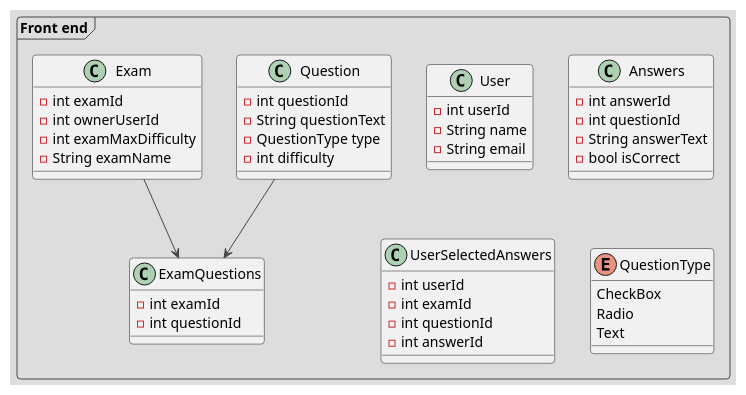
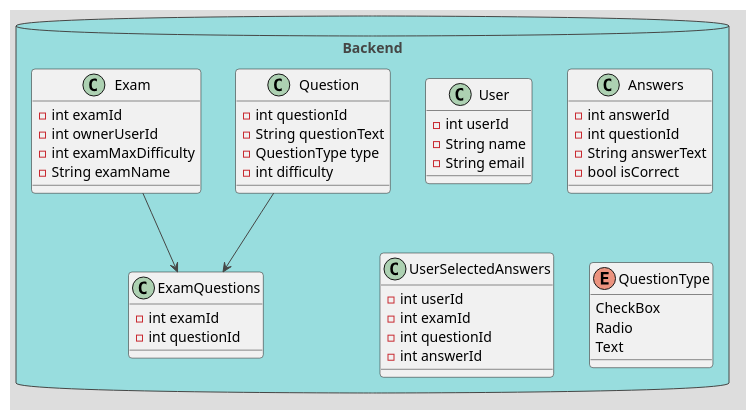
The diagram in uml_plan.puml (IGabrielIli/OnlineAssessment-Gr3), drawn with PlantUML before and after one commit. The commit also changed 5 other files, not shown here.

```diff
--- a/uml_plan.puml
+++ b/uml_plan.puml
@@ -1,45 +1,45 @@
 @startuml ADOPSE_uml
 !theme toy
-frame "Front end" {
+database "Backend" {
   class User {
     -int userId
     -String name
     -String email
   }
   class Question {
     -int questionId
     -String questionText
     -QuestionType type
     -int difficulty
   }
   class Exam {
     -int examId
     -int ownerUserId
     -int examMaxDifficulty
     -String examName
   }
   class ExamQuestions {
     -int examId
     -int questionId
   }
   class Answers {
     -int answerId
     -int questionId
     -String answerText
     -bool isCorrect
   }
   class UserSelectedAnswers {
     -int userId
     -int examId
     -int questionId
     -int answerId
   }
   Exam --> ExamQuestions
   Question --> ExamQuestions
   enum QuestionType {
     CheckBox
     Radio
     Text
   }
 }
 @enduml
```
